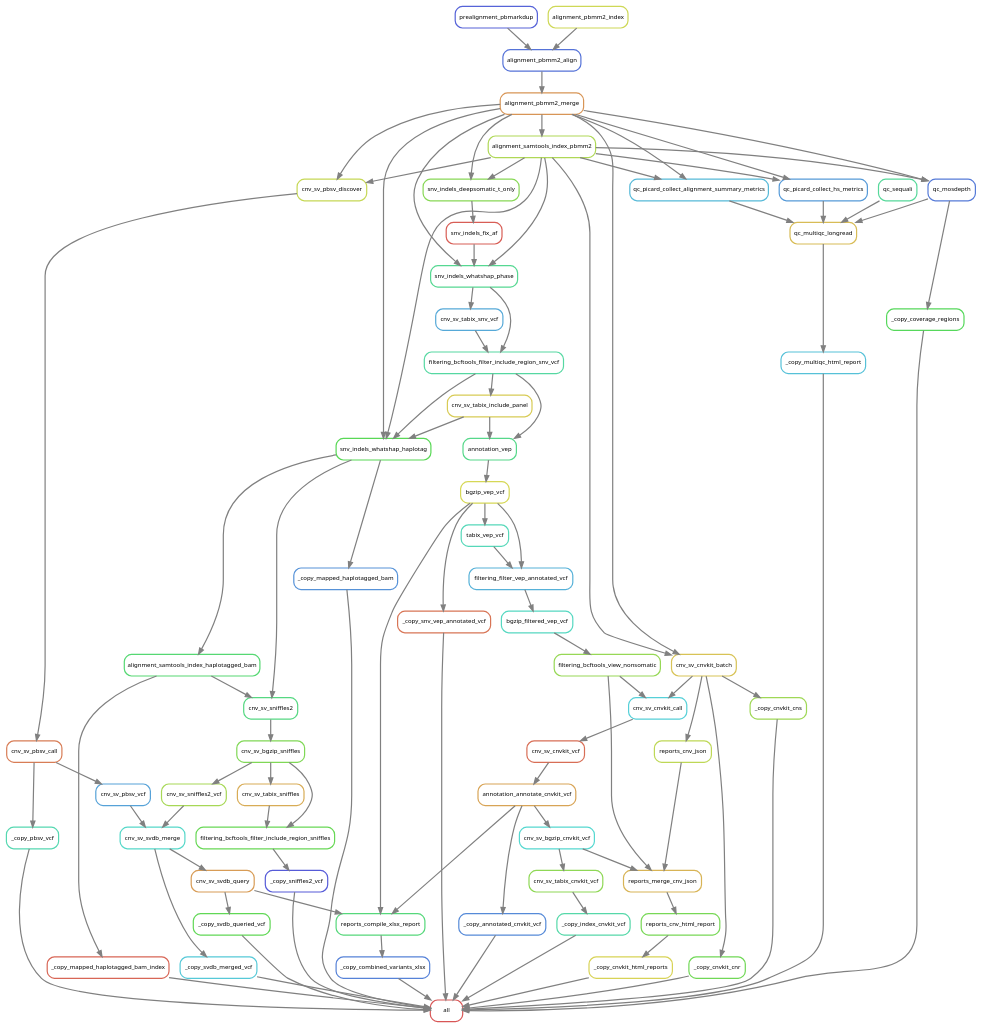
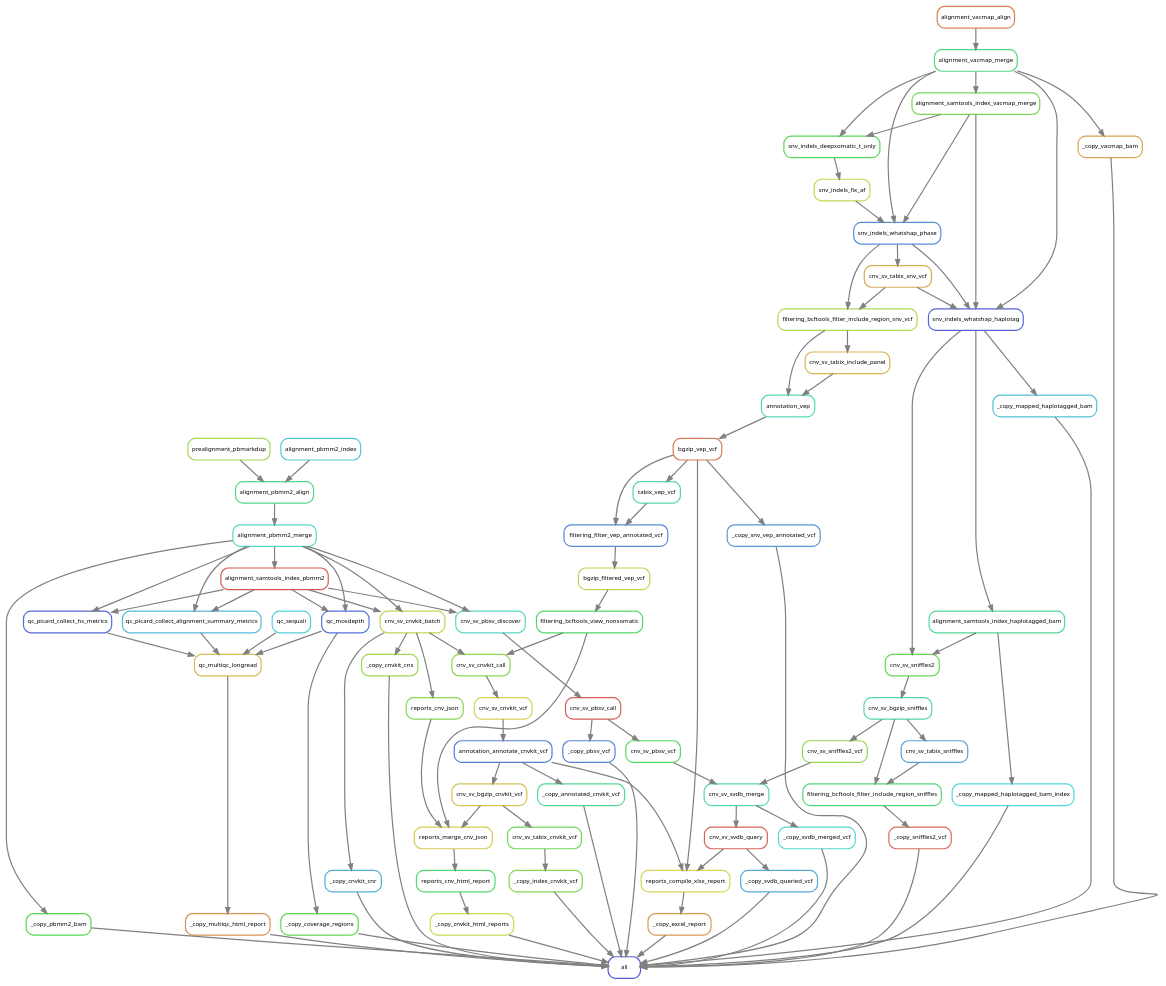
The diagram in images/rulegraph_deepsomatic.dot (clinical-genomics-uppsala/TwiMM), drawn with Graphviz before and after one commit. The commit also changed 12 other files, not shown here.

```diff
--- a/images/rulegraph_deepsomatic.dot
+++ b/images/rulegraph_deepsomatic.dot
@@ -1,162 +1,173 @@
 digraph snakemake_dag {
     graph[bgcolor=white, margin=0];
     node[shape=box, style=rounded, fontname=sans,                 fontsize=10, penwidth=2];
     edge[penwidth=2, color=grey];
-	0[label = "all", color = "0.00 0.6 0.85", style="rounded"];
-	1[label = "_copy_snv_vep_annotated_vcf", color = "0.04 0.6 0.85", style="rounded"];
-	2[label = "bgzip_vep_vcf", color = "0.17 0.6 0.85", style="rounded"];
-	3[label = "annotation_vep", color = "0.40 0.6 0.85", style="rounded"];
-	4[label = "cnv_sv_tabix_include_panel", color = "0.15 0.6 0.85", style="rounded"];
-	5[label = "filtering_bcftools_filter_include_region_snv_vcf", color = "0.43 0.6 0.85", style="rounded"];
-	6[label = "snv_indels_whatshap_phase", color = "0.41 0.6 0.85", style="rounded"];
-	7[label = "snv_indels_fix_af", color = "0.01 0.6 0.85", style="rounded"];
-	8[label = "snv_indels_deepsomatic_t_only", color = "0.27 0.6 0.85", style="rounded"];
-	9[label = "alignment_pbmm2_merge", color = "0.08 0.6 0.85", style="rounded"];
-	10[label = "alignment_pbmm2_align", color = "0.63 0.6 0.85", style="rounded"];
-	11[label = "prealignment_pbmarkdup", color = "0.65 0.6 0.85", style="rounded"];
-	12[label = "alignment_pbmm2_index", color = "0.18 0.6 0.85", style="rounded"];
-	13[label = "alignment_samtools_index_pbmm2", color = "0.22 0.6 0.85", style="rounded"];
-	14[label = "cnv_sv_tabix_snv_vcf", color = "0.56 0.6 0.85", style="rounded"];
-	15[label = "_copy_sniffles2_vcf", color = "0.66 0.6 0.85", style="rounded"];
-	16[label = "filtering_bcftools_filter_include_region_sniffles", color = "0.31 0.6 0.85", style="rounded"];
-	17[label = "cnv_sv_bgzip_sniffles", color = "0.28 0.6 0.85", style="rounded"];
-	18[label = "cnv_sv_sniffles2", color = "0.39 0.6 0.85", style="rounded"];
-	19[label = "snv_indels_whatshap_haplotag", color = "0.33 0.6 0.85", style="rounded"];
-	20[label = "alignment_samtools_index_haplotagged_bam", color = "0.37 0.6 0.85", style="rounded"];
-	21[label = "cnv_sv_tabix_sniffles", color = "0.11 0.6 0.85", style="rounded"];
-	22[label = "_copy_cnvkit_html_reports", color = "0.16 0.6 0.85", style="rounded"];
-	23[label = "reports_cnv_html_report", color = "0.29 0.6 0.85", style="rounded"];
-	24[label = "reports_merge_cnv_json", color = "0.12 0.6 0.85", style="rounded"];
-	25[label = "reports_cnv_json", color = "0.20 0.6 0.85", style="rounded"];
-	26[label = "cnv_sv_cnvkit_batch", color = "0.14 0.6 0.85", style="rounded"];
-	27[label = "filtering_bcftools_view_nonsomatic", color = "0.25 0.6 0.85", style="rounded"];
-	28[label = "bgzip_filtered_vep_vcf", color = "0.47 0.6 0.85", style="rounded"];
-	29[label = "filtering_filter_vep_annotated_vcf", color = "0.55 0.6 0.85", style="rounded"];
-	30[label = "tabix_vep_vcf", color = "0.46 0.6 0.85", style="rounded"];
-	31[label = "cnv_sv_bgzip_cnvkit_vcf", color = "0.49 0.6 0.85", style="rounded"];
-	32[label = "annotation_annotate_cnvkit_vcf", color = "0.10 0.6 0.85", style="rounded"];
-	33[label = "cnv_sv_cnvkit_vcf", color = "0.03 0.6 0.85", style="rounded"];
-	34[label = "cnv_sv_cnvkit_call", color = "0.51 0.6 0.85", style="rounded"];
-	35[label = "_copy_mapped_haplotagged_bam", color = "0.59 0.6 0.85", style="rounded"];
-	36[label = "_copy_mapped_haplotagged_bam_index", color = "0.02 0.6 0.85", style="rounded"];
-	37[label = "_copy_annotated_cnvkit_vcf", color = "0.60 0.6 0.85", style="rounded"];
-	38[label = "_copy_index_cnvkit_vcf", color = "0.44 0.6 0.85", style="rounded"];
-	39[label = "cnv_sv_tabix_cnvkit_vcf", color = "0.26 0.6 0.85", style="rounded"];
-	40[label = "_copy_cnvkit_cnr", color = "0.30 0.6 0.85", style="rounded"];
-	41[label = "_copy_cnvkit_cns", color = "0.24 0.6 0.85", style="rounded"];
-	42[label = "_copy_combined_variants_xlsx", color = "0.61 0.6 0.85", style="rounded"];
-	43[label = "reports_compile_xlsx_report", color = "0.38 0.6 0.85", style="rounded"];
-	44[label = "cnv_sv_svdb_query", color = "0.09 0.6 0.85", style="rounded"];
-	45[label = "cnv_sv_svdb_merge", color = "0.48 0.6 0.85", style="rounded"];
-	46[label = "cnv_sv_pbsv_vcf", color = "0.57 0.6 0.85", style="rounded"];
-	47[label = "cnv_sv_pbsv_call", color = "0.05 0.6 0.85", style="rounded"];
-	48[label = "cnv_sv_pbsv_discover", color = "0.19 0.6 0.85", style="rounded"];
-	49[label = "cnv_sv_sniffles2_vcf", color = "0.23 0.6 0.85", style="rounded"];
-	50[label = "_copy_multiqc_html_report", color = "0.53 0.6 0.85", style="rounded"];
-	51[label = "qc_multiqc_longread", color = "0.13 0.6 0.85", style="rounded"];
-	52[label = "qc_picard_collect_alignment_summary_metrics", color = "0.54 0.6 0.85", style="rounded"];
-	53[label = "qc_picard_collect_hs_metrics", color = "0.58 0.6 0.85", style="rounded"];
-	54[label = "qc_mosdepth", color = "0.62 0.6 0.85", style="rounded"];
-	55[label = "qc_sequali", color = "0.42 0.6 0.85", style="rounded"];
-	56[label = "_copy_coverage_regions", color = "0.34 0.6 0.85", style="rounded"];
-	57[label = "_copy_pbsv_vcf", color = "0.45 0.6 0.85", style="rounded"];
-	58[label = "_copy_svdb_merged_vcf", color = "0.52 0.6 0.85", style="rounded"];
-	59[label = "_copy_svdb_queried_vcf", color = "0.32 0.6 0.85", style="rounded"];
+	0[label = "all", color = "0.66 0.6 0.85", style="rounded"];
+	1[label = "_copy_snv_vep_annotated_vcf", color = "0.58 0.6 0.85", style="rounded"];
+	2[label = "bgzip_vep_vcf", color = "0.05 0.6 0.85", style="rounded"];
+	3[label = "annotation_vep", color = "0.46 0.6 0.85", style="rounded"];
+	4[label = "cnv_sv_tabix_include_panel", color = "0.12 0.6 0.85", style="rounded"];
+	5[label = "filtering_bcftools_filter_include_region_snv_vcf", color = "0.22 0.6 0.85", style="rounded"];
+	6[label = "snv_indels_whatshap_phase", color = "0.59 0.6 0.85", style="rounded"];
+	7[label = "alignment_vacmap_merge", color = "0.39 0.6 0.85", style="rounded"];
+	8[label = "alignment_vacmap_align", color = "0.06 0.6 0.85", style="rounded"];
+	9[label = "alignment_samtools_index_vacmap_merge", color = "0.29 0.6 0.85", style="rounded"];
+	10[label = "snv_indels_fix_af", color = "0.19 0.6 0.85", style="rounded"];
+	11[label = "snv_indels_deepsomatic_t_only", color = "0.34 0.6 0.85", style="rounded"];
+	12[label = "cnv_sv_tabix_snv_vcf", color = "0.11 0.6 0.85", style="rounded"];
+	13[label = "_copy_sniffles2_vcf", color = "0.03 0.6 0.85", style="rounded"];
+	14[label = "filtering_bcftools_filter_include_region_sniffles", color = "0.38 0.6 0.85", style="rounded"];
+	15[label = "cnv_sv_bgzip_sniffles", color = "0.43 0.6 0.85", style="rounded"];
+	16[label = "cnv_sv_sniffles2", color = "0.31 0.6 0.85", style="rounded"];
+	17[label = "snv_indels_whatshap_haplotag", color = "0.65 0.6 0.85", style="rounded"];
+	18[label = "alignment_samtools_index_haplotagged_bam", color = "0.42 0.6 0.85", style="rounded"];
+	19[label = "cnv_sv_tabix_sniffles", color = "0.57 0.6 0.85", style="rounded"];
+	20[label = "_copy_cnvkit_html_reports", color = "0.18 0.6 0.85", style="rounded"];
+	21[label = "reports_cnv_html_report", color = "0.37 0.6 0.85", style="rounded"];
+	22[label = "reports_merge_cnv_json", color = "0.15 0.6 0.85", style="rounded"];
+	23[label = "reports_cnv_json", color = "0.27 0.6 0.85", style="rounded"];
+	24[label = "cnv_sv_cnvkit_batch", color = "0.20 0.6 0.85", style="rounded"];
+	25[label = "alignment_pbmm2_merge", color = "0.48 0.6 0.85", style="rounded"];
+	26[label = "alignment_pbmm2_align", color = "0.40 0.6 0.85", style="rounded"];
+	27[label = "prealignment_pbmarkdup", color = "0.23 0.6 0.85", style="rounded"];
+	28[label = "alignment_pbmm2_index", color = "0.52 0.6 0.85", style="rounded"];
+	29[label = "alignment_samtools_index_pbmm2", color = "0.00 0.6 0.85", style="rounded"];
+	30[label = "filtering_bcftools_view_nonsomatic", color = "0.36 0.6 0.85", style="rounded"];
+	31[label = "bgzip_filtered_vep_vcf", color = "0.21 0.6 0.85", style="rounded"];
+	32[label = "filtering_filter_vep_annotated_vcf", color = "0.60 0.6 0.85", style="rounded"];
+	33[label = "tabix_vep_vcf", color = "0.44 0.6 0.85", style="rounded"];
+	34[label = "cnv_sv_bgzip_cnvkit_vcf", color = "0.14 0.6 0.85", style="rounded"];
+	35[label = "annotation_annotate_cnvkit_vcf", color = "0.62 0.6 0.85", style="rounded"];
+	36[label = "cnv_sv_cnvkit_vcf", color = "0.16 0.6 0.85", style="rounded"];
+	37[label = "cnv_sv_cnvkit_call", color = "0.26 0.6 0.85", style="rounded"];
+	38[label = "_copy_mapped_haplotagged_bam", color = "0.53 0.6 0.85", style="rounded"];
+	39[label = "_copy_mapped_haplotagged_bam_index", color = "0.50 0.6 0.85", style="rounded"];
+	40[label = "_copy_annotated_cnvkit_vcf", color = "0.41 0.6 0.85", style="rounded"];
+	41[label = "_copy_index_cnvkit_vcf", color = "0.28 0.6 0.85", style="rounded"];
+	42[label = "cnv_sv_tabix_cnvkit_vcf", color = "0.30 0.6 0.85", style="rounded"];
+	43[label = "_copy_cnvkit_cnr", color = "0.55 0.6 0.85", style="rounded"];
+	44[label = "_copy_cnvkit_cns", color = "0.24 0.6 0.85", style="rounded"];
+	45[label = "_copy_excel_report", color = "0.09 0.6 0.85", style="rounded"];
+	46[label = "reports_compile_xlsx_report", color = "0.17 0.6 0.85", style="rounded"];
+	47[label = "cnv_sv_svdb_query", color = "0.02 0.6 0.85", style="rounded"];
+	48[label = "cnv_sv_svdb_merge", color = "0.45 0.6 0.85", style="rounded"];
+	49[label = "cnv_sv_pbsv_vcf", color = "0.35 0.6 0.85", style="rounded"];
+	50[label = "cnv_sv_pbsv_call", color = "0.01 0.6 0.85", style="rounded"];
+	51[label = "cnv_sv_pbsv_discover", color = "0.47 0.6 0.85", style="rounded"];
+	52[label = "cnv_sv_sniffles2_vcf", color = "0.25 0.6 0.85", style="rounded"];
+	53[label = "_copy_multiqc_html_report", color = "0.08 0.6 0.85", style="rounded"];
+	54[label = "qc_multiqc_longread", color = "0.13 0.6 0.85", style="rounded"];
+	55[label = "qc_mosdepth", color = "0.63 0.6 0.85", style="rounded"];
+	56[label = "qc_picard_collect_hs_metrics", color = "0.64 0.6 0.85", style="rounded"];
+	57[label = "qc_sequali", color = "0.51 0.6 0.85", style="rounded"];
+	58[label = "qc_picard_collect_alignment_summary_metrics", color = "0.54 0.6 0.85", style="rounded"];
+	59[label = "_copy_coverage_regions", color = "0.32 0.6 0.85", style="rounded"];
+	60[label = "_copy_pbmm2_bam", color = "0.33 0.6 0.85", style="rounded"];
+	61[label = "_copy_vacmap_bam", color = "0.10 0.6 0.85", style="rounded"];
+	62[label = "_copy_pbsv_vcf", color = "0.61 0.6 0.85", style="rounded"];
+	63[label = "_copy_svdb_merged_vcf", color = "0.49 0.6 0.85", style="rounded"];
+	64[label = "_copy_svdb_queried_vcf", color = "0.56 0.6 0.85", style="rounded"];
+	43 -> 0
+	13 -> 0
+	1 -> 0
+	40 -> 0
+	44 -> 0
+	53 -> 0
+	45 -> 0
+	61 -> 0
+	62 -> 0
+	41 -> 0
+	63 -> 0
+	39 -> 0
+	20 -> 0
 	59 -> 0
-	56 -> 0
-	22 -> 0
-	36 -> 0
-	50 -> 0
 	38 -> 0
-	1 -> 0
-	57 -> 0
-	41 -> 0
-	35 -> 0
-	37 -> 0
-	42 -> 0
-	40 -> 0
-	15 -> 0
-	58 -> 0
+	60 -> 0
+	64 -> 0
 	2 -> 1
 	3 -> 2
 	4 -> 3
 	5 -> 3
 	5 -> 4
-	14 -> 5
+	12 -> 5
 	6 -> 5
-	13 -> 6
+	9 -> 6
+	10 -> 6
 	7 -> 6
-	9 -> 6
 	8 -> 7
-	9 -> 8
-	13 -> 8
-	10 -> 9
-	12 -> 10
+	7 -> 9
 	11 -> 10
-	9 -> 13
-	6 -> 14
+	9 -> 11
+	7 -> 11
+	6 -> 12
+	14 -> 13
+	15 -> 14
+	19 -> 14
 	16 -> 15
 	17 -> 16
-	21 -> 16
-	18 -> 17
-	19 -> 18
-	20 -> 18
-	4 -> 19
-	9 -> 19
-	5 -> 19
-	13 -> 19
-	19 -> 20
-	17 -> 21
+	18 -> 16
+	9 -> 17
+	12 -> 17
+	7 -> 17
+	6 -> 17
+	17 -> 18
+	15 -> 19
+	21 -> 20
+	22 -> 21
+	34 -> 22
+	30 -> 22
 	23 -> 22
 	24 -> 23
-	31 -> 24
-	27 -> 24
+	29 -> 24
 	25 -> 24
 	26 -> 25
-	9 -> 26
-	13 -> 26
-	28 -> 27
-	29 -> 28
-	2 -> 29
-	30 -> 29
-	2 -> 30
+	27 -> 26
+	28 -> 26
+	25 -> 29
+	31 -> 30
 	32 -> 31
+	2 -> 32
 	33 -> 32
-	34 -> 33
-	26 -> 34
-	27 -> 34
-	19 -> 35
-	20 -> 36
-	32 -> 37
-	39 -> 38
-	31 -> 39
-	26 -> 40
-	26 -> 41
-	43 -> 42
-	2 -> 43
-	44 -> 43
-	32 -> 43
-	45 -> 44
-	49 -> 45
+	2 -> 33
+	35 -> 34
+	36 -> 35
+	37 -> 36
+	24 -> 37
+	30 -> 37
+	17 -> 38
+	18 -> 39
+	35 -> 40
+	42 -> 41
+	34 -> 42
+	24 -> 43
+	24 -> 44
 	46 -> 45
+	2 -> 46
 	47 -> 46
+	35 -> 46
 	48 -> 47
-	9 -> 48
-	13 -> 48
-	17 -> 49
+	52 -> 48
+	49 -> 48
+	50 -> 49
 	51 -> 50
-	54 -> 51
-	52 -> 51
-	53 -> 51
-	55 -> 51
-	9 -> 52
-	13 -> 52
-	9 -> 53
-	13 -> 53
-	9 -> 54
-	13 -> 54
-	54 -> 56
-	47 -> 57
-	45 -> 58
-	44 -> 59
+	29 -> 51
+	25 -> 51
+	15 -> 52
+	54 -> 53
+	57 -> 54
+	55 -> 54
+	58 -> 54
+	56 -> 54
+	29 -> 55
+	25 -> 55
+	29 -> 56
+	25 -> 56
+	29 -> 58
+	25 -> 58
+	55 -> 59
+	25 -> 60
+	7 -> 61
+	50 -> 62
+	48 -> 63
+	47 -> 64
 }            
```
